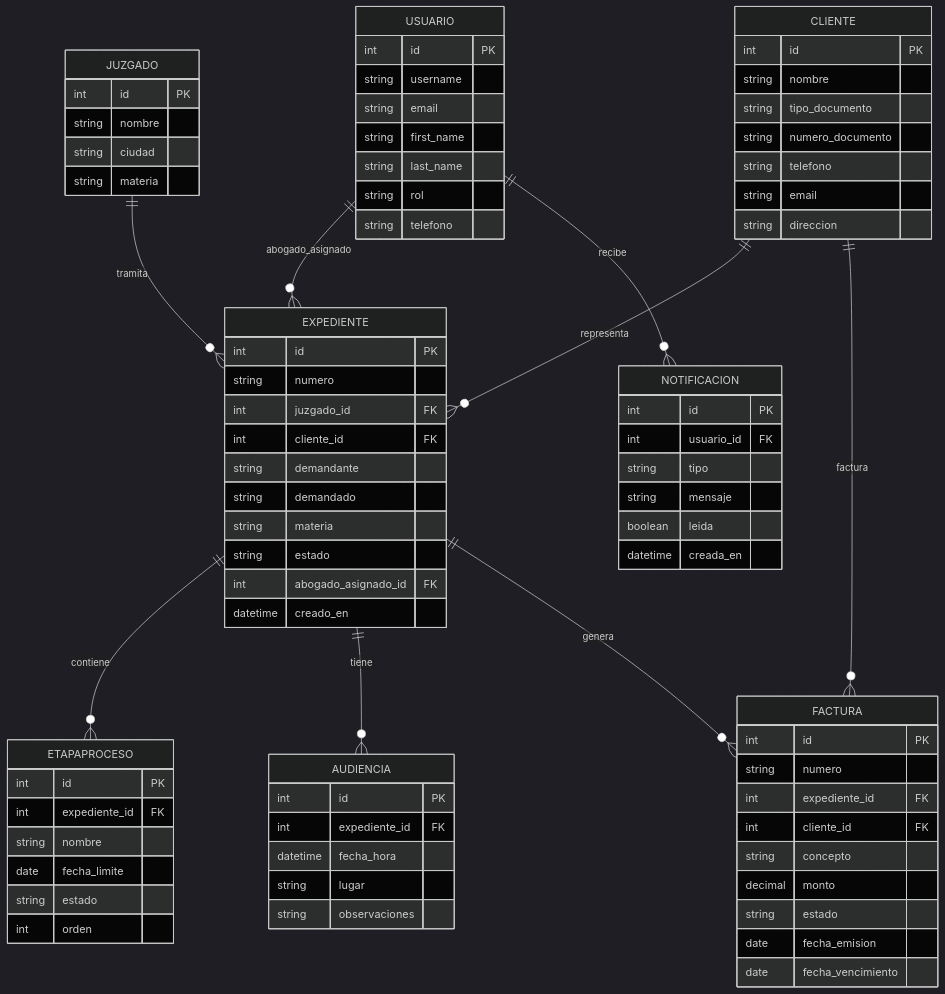
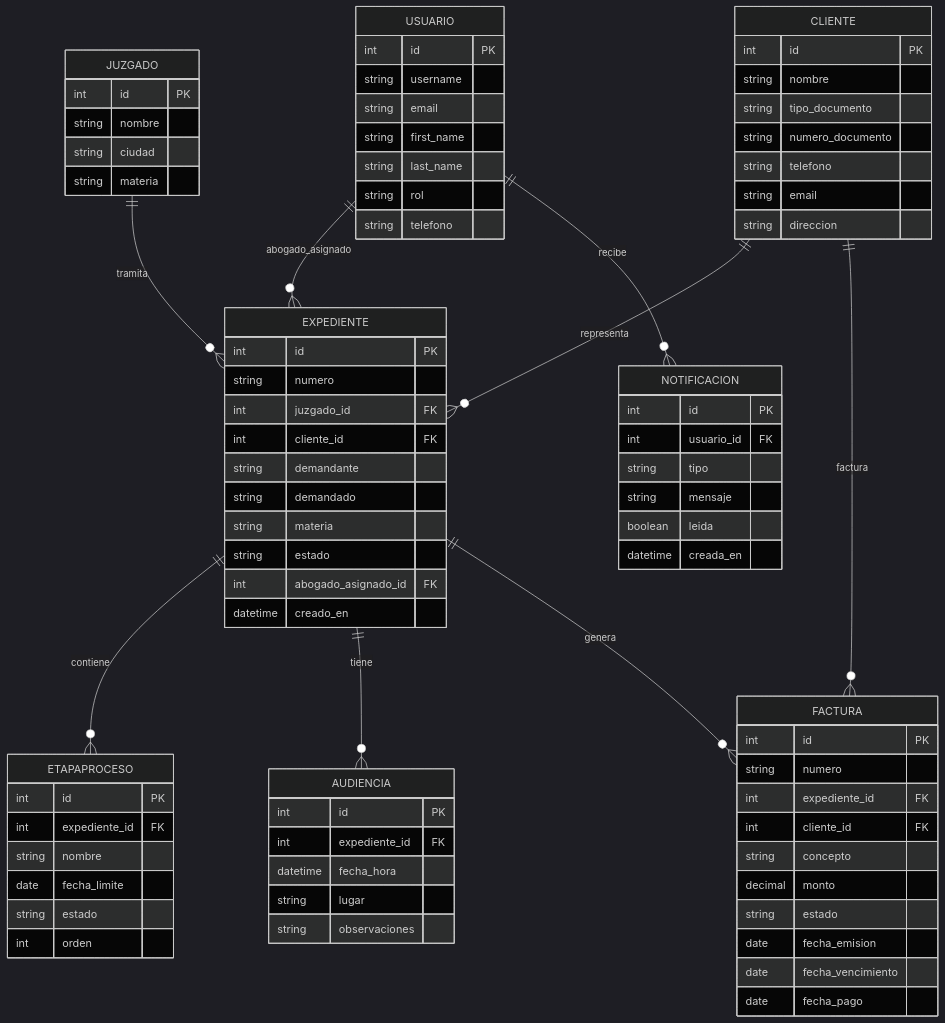
The diagram in README.md (nauj92/https-github.com-Samhell2026-NEXO), drawn with Mermaid (dark theme) before and after one commit. The commit also changed other lines of this file and 63 other files, not shown here.

```diff
--- a/README.md
+++ b/README.md
@@ -184,6 +196,7 @@
         string estado
         date fecha_emision
         date fecha_vencimiento
+        date fecha_pago
     }
 
     NOTIFICACION {
```
